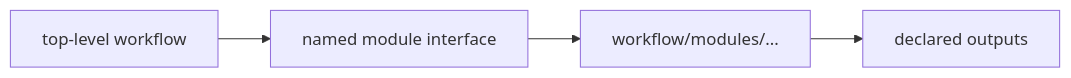
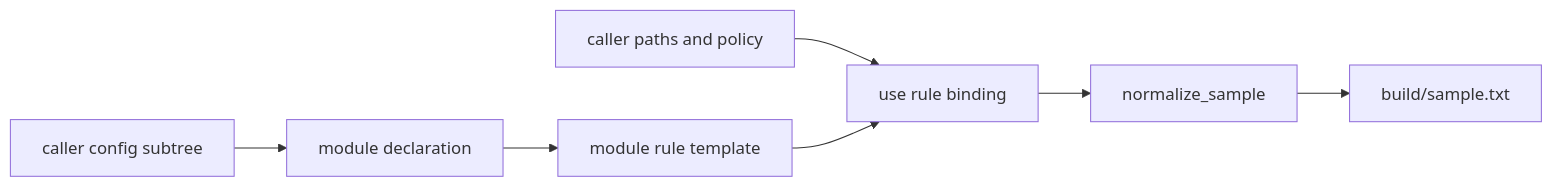
The second of 3 diagrams in programs/reproducible-research/deep-dive-snakemake/course-book/module-04-scaling-workflows-interface-boundaries/modules-reuse-and-explicit-interfaces.md (bijux/bijux-masterclass), drawn with Mermaid before and after one commit. The commit also changed other lines of this file, not shown here.

Commit message:
docs(snakemake): teach executable module contracts

````diff
--- a/programs/reproducible-research/deep-dive-snakemake/course-book/module-04-scaling-workflows-interface-boundaries/modules-reuse-and-explicit-interfaces.md
+++ b/programs/reproducible-research/deep-dive-snakemake/course-book/module-04-scaling-workflows-interface-boundaries/modules-reuse-and-explicit-interfaces.md
@@ -97,6 +104,8 @@
 ```mermaid
 flowchart LR
-  main["top-level workflow"] --> iface["named module interface"]
-  iface --> module["workflow/modules/..."]
-  module --> outputs["declared outputs"]
+  caller_config["caller config subtree"] --> declaration["module declaration"]
+  declaration --> template["module rule template"]
+  caller_paths["caller paths and policy"] --> binding["use rule binding"]
+  template --> binding --> local_rule["normalize_sample"]
+  local_rule --> artifact["build/sample.txt"]
 ```
````
